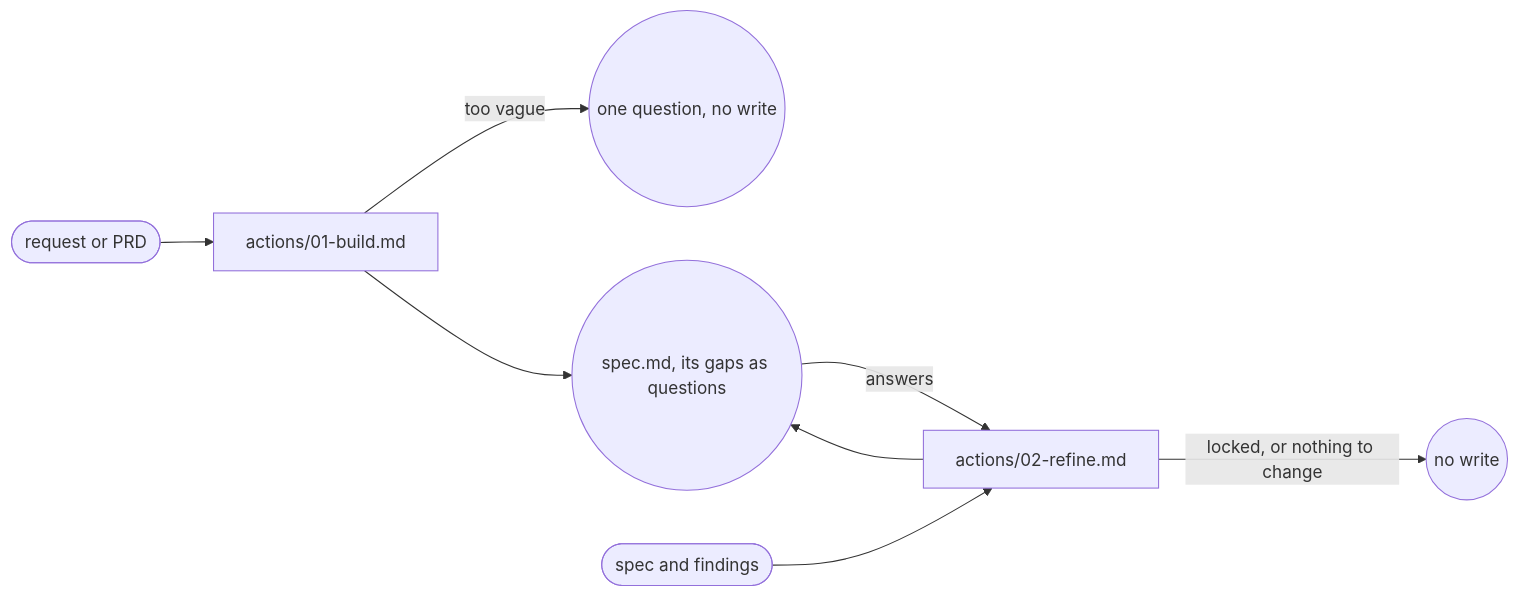
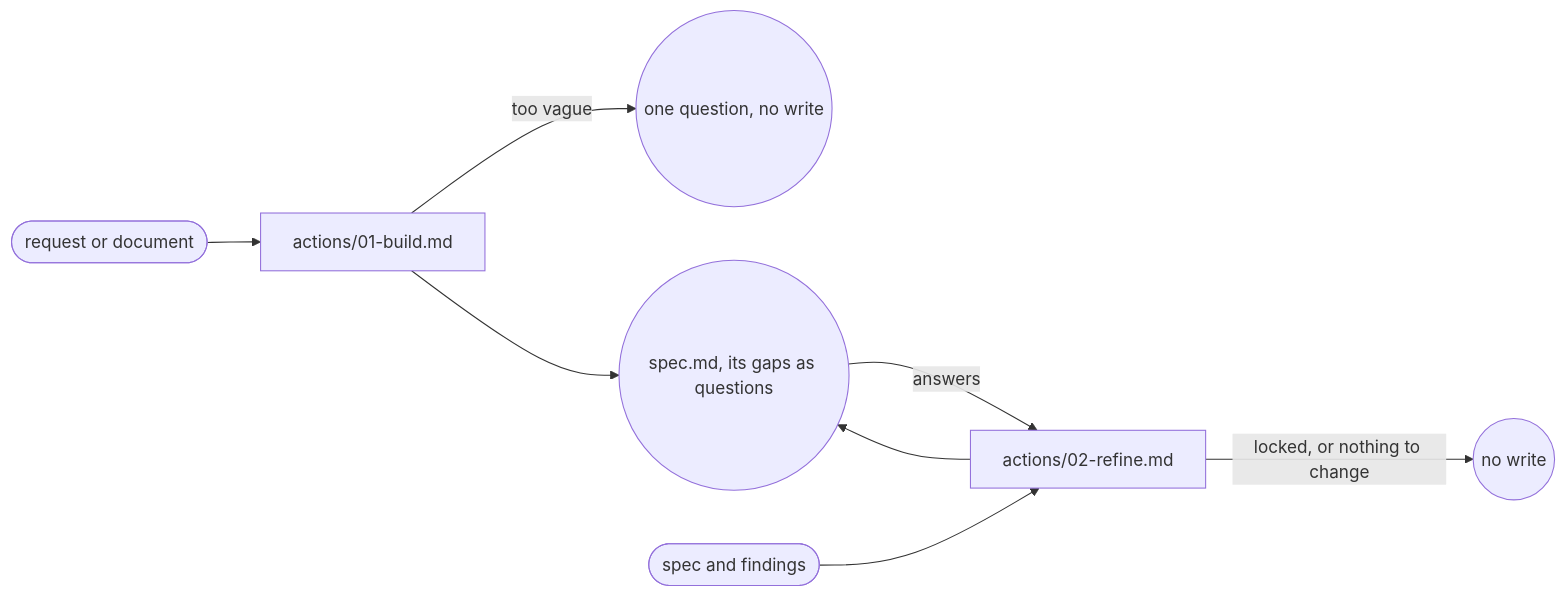
One commit to ai-driven-dev/framework changed the diagram in plugins/aidd-pm/skills/04-spec/SKILL.md. Above: the diagram before and after it, drawn with Mermaid. The commit also changed other lines of this file and 5 other files, not shown here.

First line of the commit message:
refactor(aidd-pm): build a spec from any document and give refine an answer template

````diff
--- a/plugins/aidd-pm/skills/04-spec/SKILL.md
+++ b/plugins/aidd-pm/skills/04-spec/SKILL.md
@@ -9,10 +9,10 @@
 ```mermaid
 flowchart LR
-  source([request or PRD]) --> build["actions/01-build.md"]
+  source([request or document]) --> build["actions/01-build.md"]
   build -->|"too vague"| asked((one question, no write))
   build --> spec((spec.md, its gaps as questions))
   spec -->|"answers"| refine
   findings([spec and findings]) --> refine["actions/02-refine.md"]
   refine --> spec
   refine -->|"locked, or nothing to change"| unchanged((no write))
 ```
````
